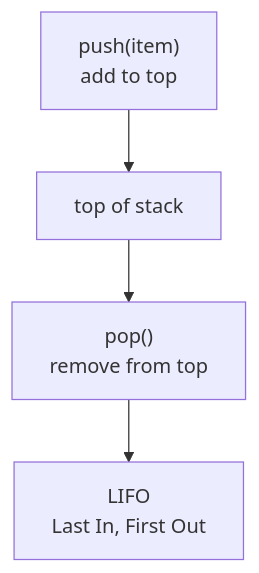
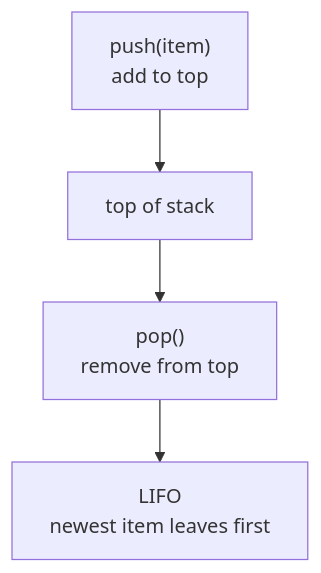
The first of 2 diagrams in notes/Stack.md (saumilthecode/h2-curly-pancakes), drawn with Mermaid before and after one commit. The commit also changed other lines of this file and 1 other file, not shown here.

````diff
--- a/notes/Stack.md
+++ b/notes/Stack.md
@@ -23,6 +16,6 @@
 ```mermaid
 flowchart TD
   Push["push(item)<br/>add to top"] --> Top["top of stack"]
   Top --> Pop["pop()<br/>remove from top"]
-  Pop --> LIFO["LIFO<br/>Last In, First Out"]
+  Pop --> LIFO["LIFO<br/>newest item leaves first"]
 ```
````
